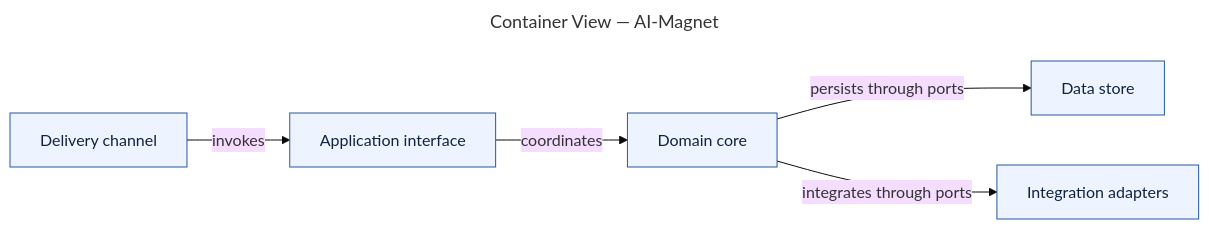
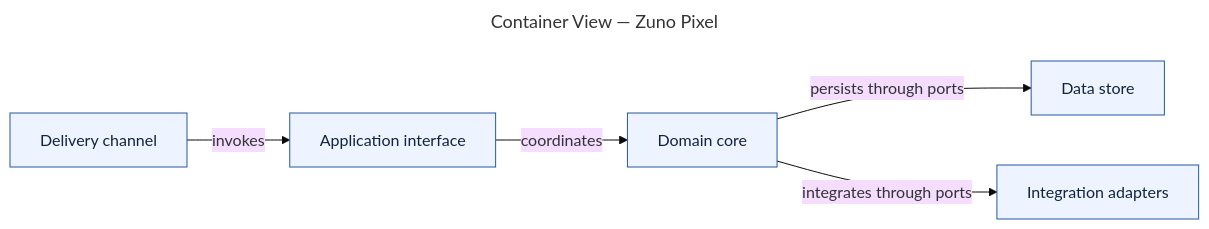
Before and after one commit to Tauhid-dev/Brand-website: the diagram in planning/architecture/diagrams/container.mmd, drawn with Mermaid (base theme). The commit also changed 73 other files, not shown here.

Commit message:
feat(brand): complete Zuno Pixel phase 1

```diff
--- a/planning/architecture/diagrams/container.mmd
+++ b/planning/architecture/diagrams/container.mmd
@@ -1,15 +1,15 @@
 ---
-title: "Container View — AI-Magnet"
+title: "Container View — Zuno Pixel"
 ---
 flowchart LR
     channel["Delivery channel"]
     interface["Application interface"]
     core["Domain core"]
     store["Data store"]
     integration["Integration adapters"]
     channel -->|"invokes"| interface
     interface -->|"coordinates"| core
     core -->|"persists through ports"| store
     core -->|"integrates through ports"| integration
     classDef genesis fill:#eef4ff,stroke:#2457a6,color:#10233f
     class channel,interface,core,store,integration genesis
```
